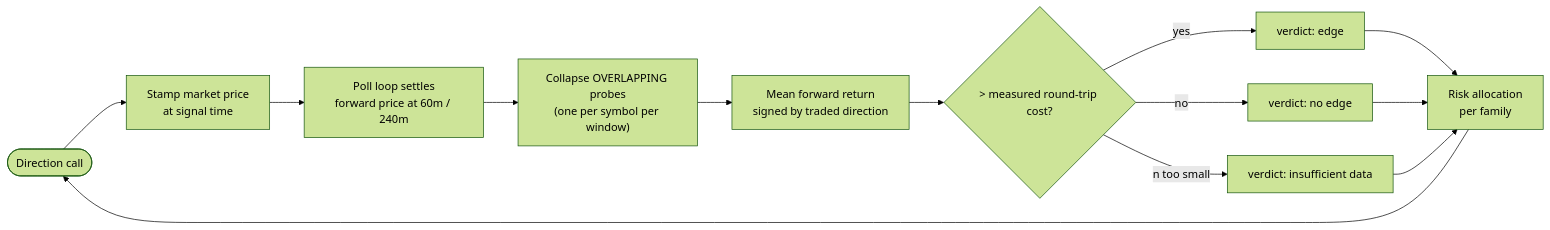
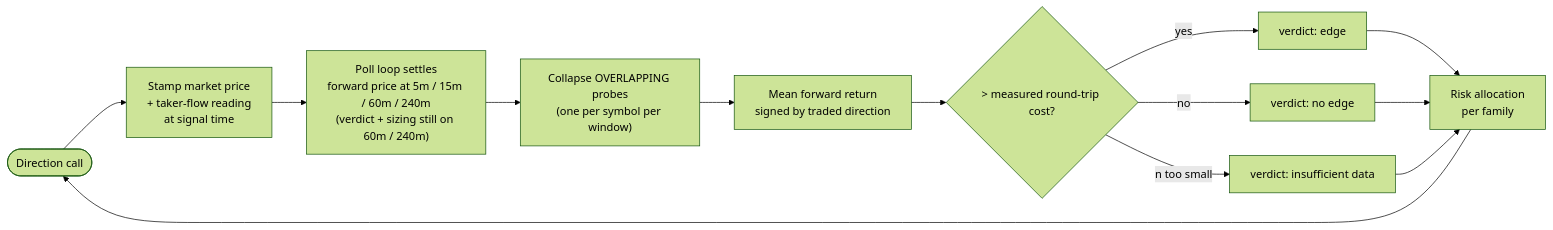
The sixth of 9 diagrams in README.md (abozaralizadeh/trAIde), drawn with Mermaid (forest theme) before and after one commit. The commit also changed other lines of this file and 16 other files, not shown here.

First line of the commit message:
Add taker-flow sampling & analysis

````diff
--- a/README.md
+++ b/README.md
@@ -193,15 +193,15 @@
 ```mermaid
 flowchart LR
-    dcall(["Direction call"]) --> stamp["Stamp market price<br/>at signal time"]
-    stamp --> wait["Poll loop settles<br/>forward price at 60m / 240m"]
+    dcall(["Direction call"]) --> stamp["Stamp market price<br/>+ taker-flow reading<br/>at signal time"]
+    stamp --> wait["Poll loop settles<br/>forward price at 5m / 15m / 60m / 240m<br/>(verdict + sizing still on 60m / 240m)"]
     wait --> dedupe["Collapse OVERLAPPING probes<br/>(one per symbol per window)"]
     dedupe --> score["Mean forward return<br/>signed by traded direction"]
     score --> hurdle{"&gt; measured round-trip cost?"}
     hurdle -->|yes| edge["verdict: edge"]
     hurdle -->|no| noedge["verdict: no edge"]
     hurdle -->|"n too small"| insuf["verdict: insufficient data"]
     edge --> alloc["Risk allocation<br/>per family"]
     noedge --> alloc
     insuf --> alloc
     alloc --> dcall
 ```
````
